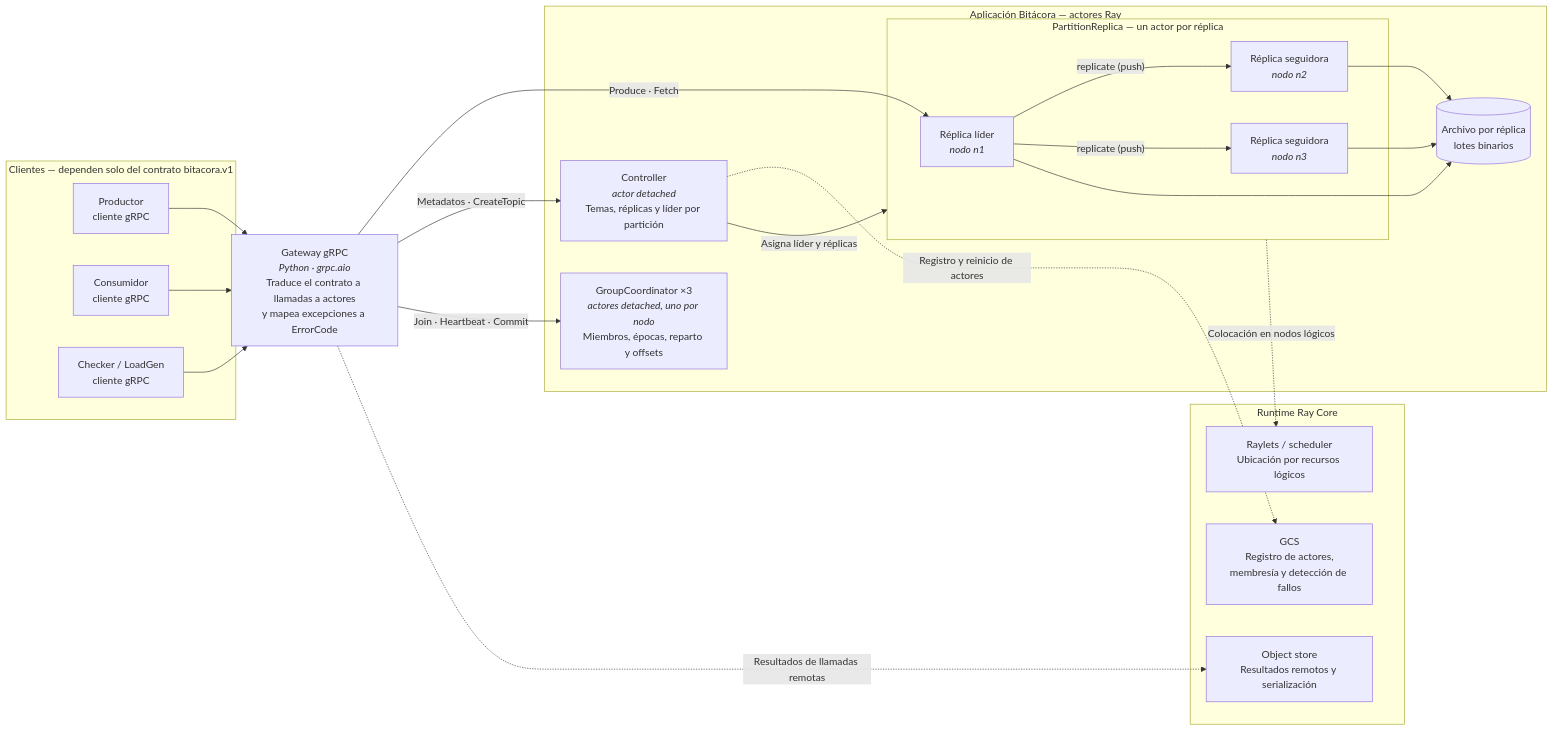
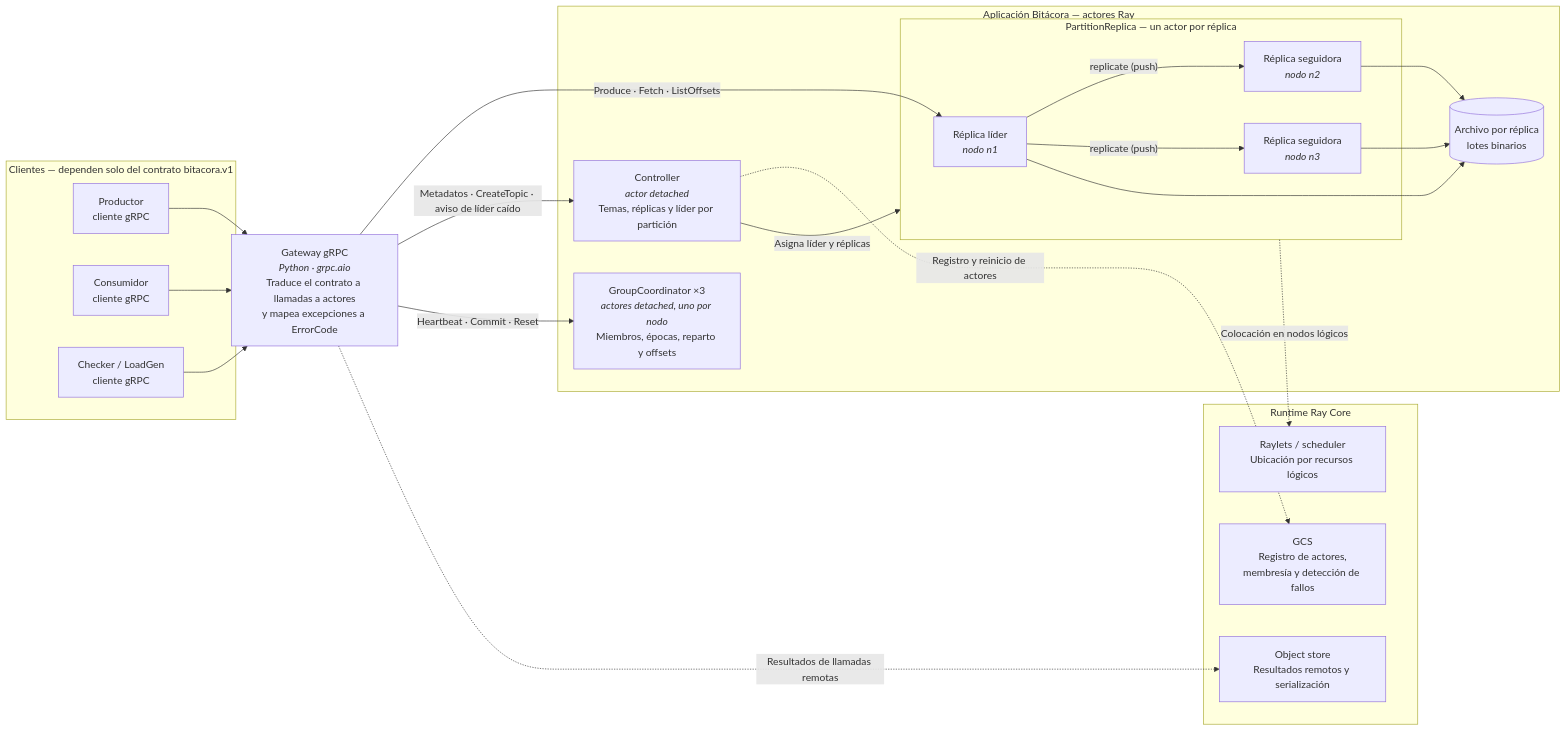
One commit to alinadelanoval/bitacora changed the first of 3 diagrams in docs/phase-1-ray/dependencies.md. Above: the diagram before and after it, drawn with Mermaid. The commit also changed other lines of this file and 30 other files, not shown here.

````diff
--- a/docs/phase-1-ray/dependencies.md
+++ b/docs/phase-1-ray/dependencies.md
@@ -39,44 +39,44 @@
 ```mermaid
 flowchart LR
     subgraph clientes["Clientes — dependen solo del contrato bitacora.v1"]
         prod["Productor<br/>cliente gRPC"]
         cons["Consumidor<br/>cliente gRPC"]
         verif["Checker / LoadGen<br/>cliente gRPC"]
     end
 
     gw["Gateway gRPC<br/><i>Python · grpc.aio</i><br/>Traduce el contrato a llamadas a actores<br/>y mapea excepciones a ErrorCode"]
 
     subgraph app["Aplicación Bitácora — actores Ray"]
         ctl["Controller<br/><i>actor detached</i><br/>Temas, réplicas y líder por partición"]
         gc["GroupCoordinator ×3<br/><i>actores detached, uno por nodo</i><br/>Miembros, épocas, reparto y offsets"]
         subgraph parts["PartitionReplica — un actor por réplica"]
             lead["Réplica líder<br/><i>nodo n1</i>"]
             f1["Réplica seguidora<br/><i>nodo n2</i>"]
             f2["Réplica seguidora<br/><i>nodo n3</i>"]
         end
         store[("Archivo por réplica<br/>lotes binarios")]
     end
 
     subgraph ray["Runtime Ray Core"]
         gcs["GCS<br/>Registro de actores,<br/>membresía y detección de fallos"]
         sched["Raylets / scheduler<br/>Ubicación por recursos lógicos"]
         objs["Object store<br/>Resultados remotos y serialización"]
     end
 
     prod --> gw
     cons --> gw
     verif --> gw
-    gw -->|"Produce · Fetch"| lead
-    gw -->|"Metadatos · CreateTopic"| ctl
-    gw -->|"Join · Heartbeat · Commit"| gc
+    gw -->|"Produce · Fetch · ListOffsets"| lead
+    gw -->|"Metadatos · CreateTopic · aviso de líder caído"| ctl
+    gw -->|"Heartbeat · Commit · Reset"| gc
     ctl -->|"Asigna líder y réplicas"| parts
     lead -->|"replicate (push)"| f1
     lead -->|"replicate (push)"| f2
     lead --> store
     f1 --> store
     f2 --> store
 
     ctl -.->|"Registro y reinicio de actores"| gcs
     parts -.->|"Colocación en nodos lógicos"| sched
     gw -.->|"Resultados de llamadas remotas"| objs
 ```
````
